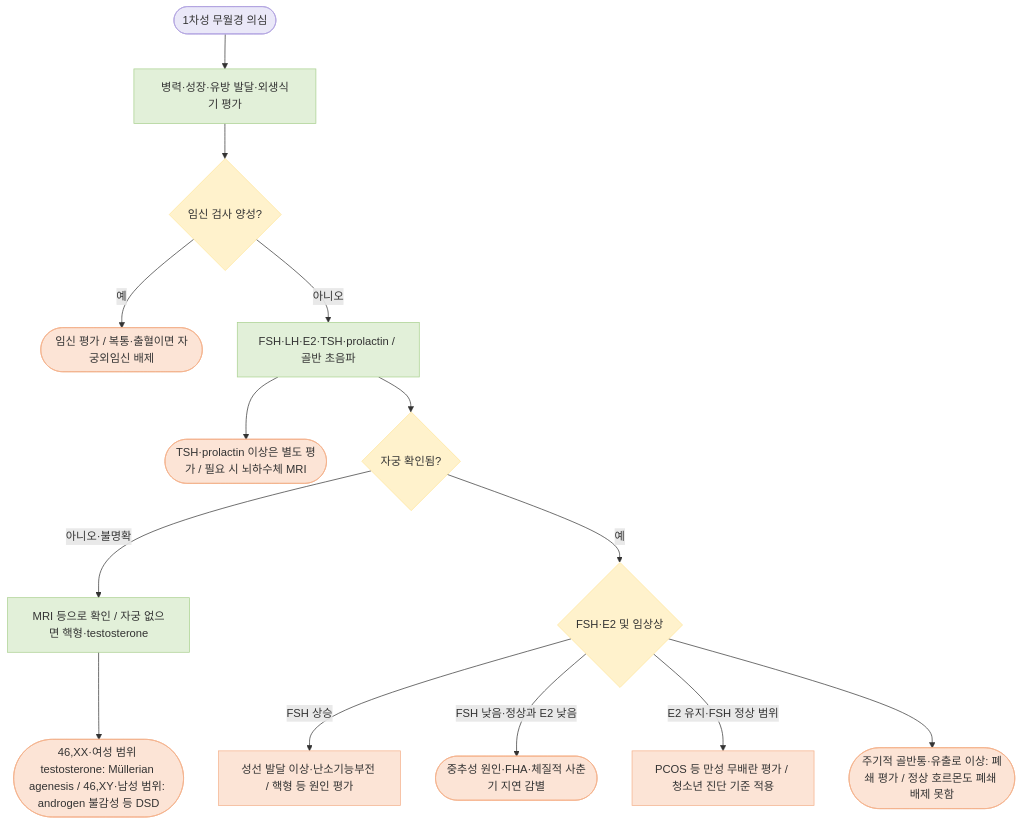
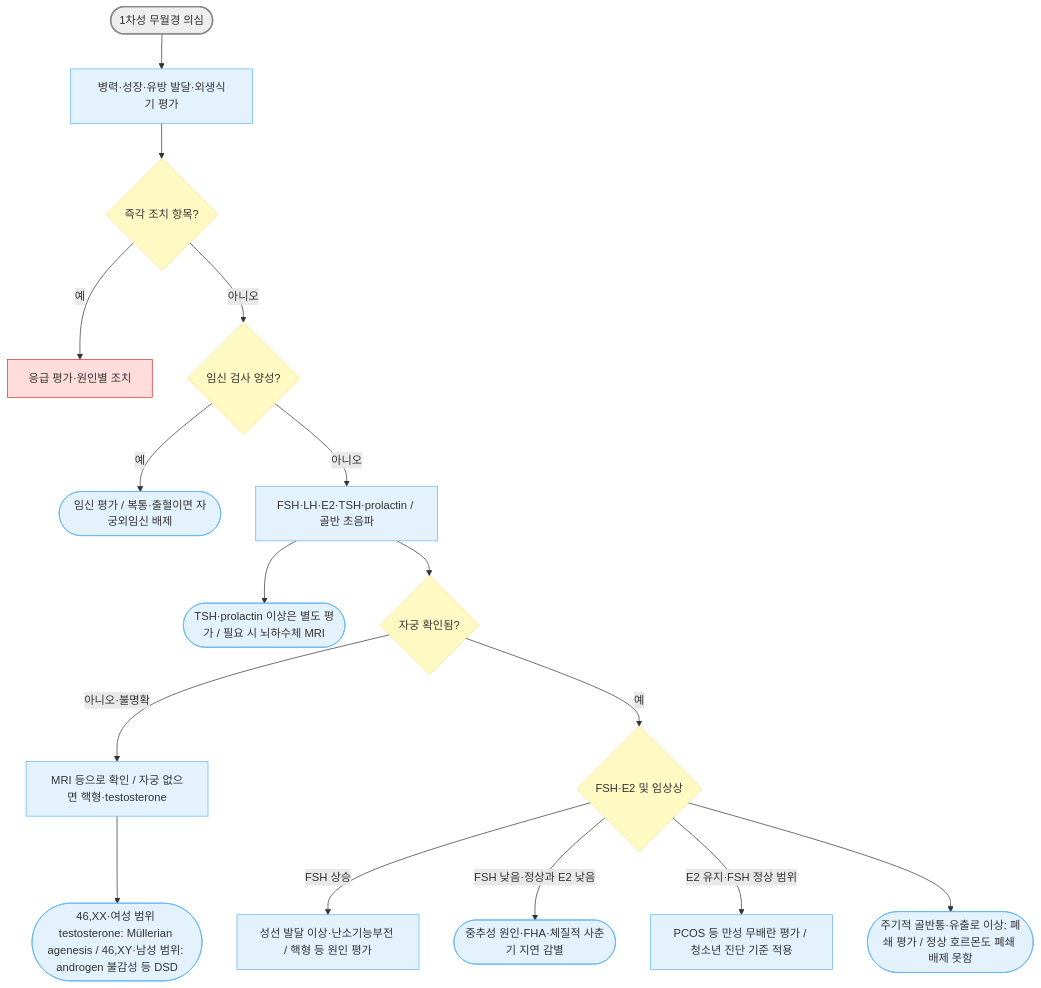
Before and after one commit to familyoh77/familyoh77: the first of 2 diagrams in 227_/130_-amenorrhea.md, drawn with Mermaid. The commit also changed other lines of this file and 10 other files, not shown here.

````diff
--- a/227_/130_-amenorrhea.md
+++ b/227_/130_-amenorrhea.md
@@ -115,23 +115,25 @@
 ```mermaid
 flowchart TD
-    A(["1차성 무월경 의심"]) --> A1["병력·성장·유방 발달·외생식기 평가"] --> B{"임신 검사 양성?"}
-    B -- 예 --> P(["임신 평가 / 복통·출혈이면 자궁외임신 배제"])
-    B -- 아니오 --> C["FSH·LH·E2·TSH·prolactin / 골반 초음파"]
+    A(["1차성 무월경 의심"]) --> A1["병력·성장·유방 발달·외생식기 평가"] --> R{"즉각 조치 항목?"}
+    R -- "예" --> ER["응급 평가·원인별 조치"]
+    R -- "아니오" --> B{"임신 검사 양성?"}
+    B -- "예" --> P(["임신 평가 / 복통·출혈이면 자궁외임신 배제"])
+    B -- "아니오" --> C["FSH·LH·E2·TSH·prolactin / 골반 초음파"]
     C --> T(["TSH·prolactin 이상은 별도 평가 / 필요 시 뇌하수체 MRI"])
     C --> D{"자궁 확인됨?"}
-    D -- 아니오·불명확 --> G["MRI 등으로 확인 / 자궁 없으면 핵형·testosterone"]
+    D -- "아니오·불명확" --> G["MRI 등으로 확인 / 자궁 없으면 핵형·testosterone"]
     G --> H(["46,XX·여성 범위 testosterone: Müllerian agenesis / 46,XY·남성 범위: androgen 불감성 등 DSD"])
-    D -- 예 --> E{"FSH·E2 및 임상상"}
-    E -- FSH 상승 --> O["성선 발달 이상·난소기능부전 / 핵형 등 원인 평가"]
-    E -- FSH 낮음·정상과 E2 낮음 --> L(["중추성 원인·FHA·체질적 사춘기 지연 감별"])
-    E -- E2 유지·FSH 정상 범위 --> N["PCOS 등 만성 무배란 평가 / 청소년 진단 기준 적용"]
+    D -- "예" --> E{"FSH·E2 및 임상상"}
+    E -- "FSH 상승" --> O["성선 발달 이상·난소기능부전 / 핵형 등 원인 평가"]
+    E -- "FSH 낮음·정상과 E2 낮음" --> L(["중추성 원인·FHA·체질적 사춘기 지연 감별"])
+    E -- "E2 유지·FSH 정상 범위" --> N["PCOS 등 만성 무배란 평가 / 청소년 진단 기준 적용"]
     E --> V(["주기적 골반통·유출로 이상: 폐쇄 평가 / 정상 호르몬도 폐쇄 배제 못함"])
-    classDef start fill:#EAE8F8,stroke:#B0A3E0,color:#333
-    classDef test fill:#E2F0D9,stroke:#A9D08E,color:#333
-    classDef decision fill:#FFF2CC,stroke:#FFE699,color:#333
-    classDef action fill:#FCE4D6,stroke:#F4B08A,color:#333
+    classDef start fill:#eeeeee,stroke:#888888,stroke-width:2px
+    classDef question fill:#fff9c4,stroke:#ffe082
+    classDef emergency fill:#ffdddd,stroke:#d32f2f
+    classDef care fill:#e3f2fd,stroke:#64b5f6
     class A start
-    class A1,C,G test
-    class B,D,E decision
-    class P,T,H,O,L,N,V action
+    class B,D,E,R question
+    class ER emergency
+    class A1,C,G,H,L,N,O,P,T,V care
 ```
````
